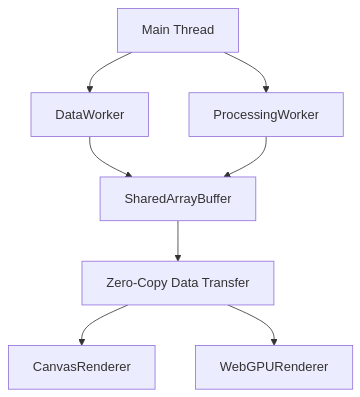
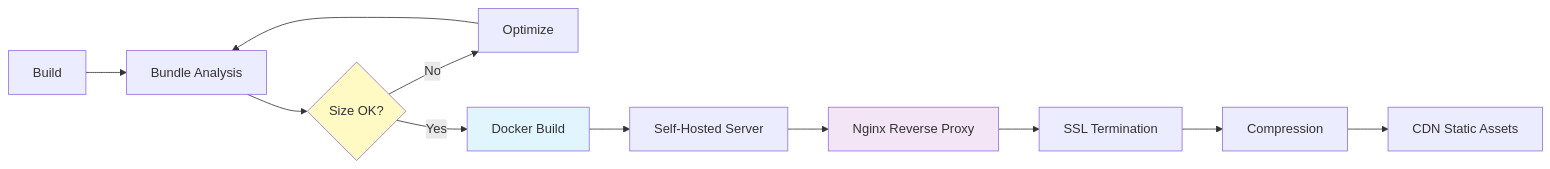
Before and after one commit to KrithinThota/Data-Visualization: the eighth of 10 diagrams in ARCHITECTURE.md, drawn with Mermaid. The commit also changed other lines of this file and 1 other file, not shown here.

````diff
--- a/ARCHITECTURE.md
+++ b/ARCHITECTURE.md
@@ -201,12 +215,17 @@
 ```mermaid
-graph TD
-    A[Main Thread] --> B[DataWorker]
-    A --> C[ProcessingWorker]
+graph LR
+    A[Build] --> B[Bundle Analysis]
+    B --> C{Size OK?}
+    C -->|No| D[Optimize]
+    D --> B
+    C -->|Yes| E[Docker Build]
+    E --> F[Self-Hosted Server]
+    F --> G[Nginx Reverse Proxy]
+    G --> H[SSL Termination]
+    H --> I[Compression]
+    I --> J[CDN Static Assets]
     
-    B --> D[SharedArrayBuffer]
-    C --> D
-    
-    D --> E[Zero-Copy Data Transfer]
-    E --> F[CanvasRenderer]
-    E --> G[WebGPURenderer]
+    style C fill:#fff9c4
+    style E fill:#e1f5fe
+    style G fill:#f3e5f5
 ```
````
